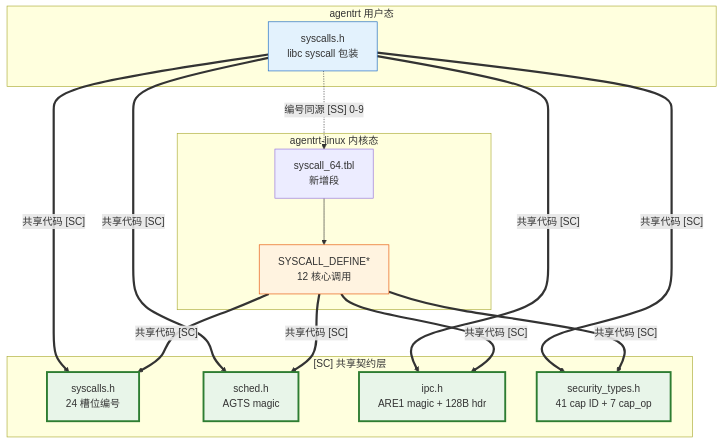
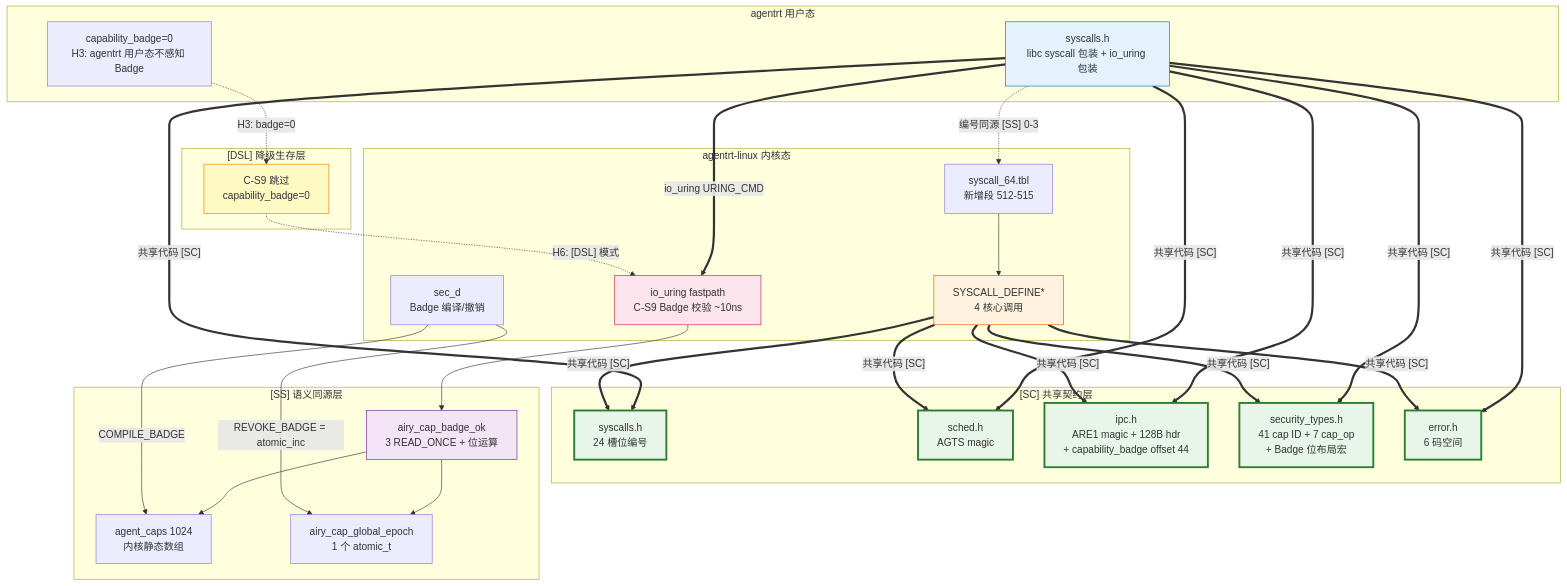
One commit to openairymax/docs-linux changed the diagram in 30-interfaces/01-syscalls.md. Above: the diagram before and after it, drawn with Mermaid. The commit also changed other lines of this file and 61 other files, not shown here.

Commit message:
docs: 完成v1.1 Capability Folding全量文档对齐 本次提交完成所有文档的v1.1 Capability Folding对齐更新： 1. 统一替换AIRY_IPC_HDR_SZ为AIRY_IPC_HDR_SIZE 2. 更新syscalls.h文档描述为4核心+20预留槽位

````diff
--- a/30-interfaces/01-syscalls.md
+++ b/30-interfaces/01-syscalls.md
@@ -682,36 +687,64 @@
 ```mermaid
 graph TB
     subgraph "agentrt 用户态"
-        RT_USR[syscalls.h<br/>libc syscall 包装]
+        RT_USR[syscalls.h<br/>libc syscall 包装 + io_uring 包装]
+        RT_BADGE[capability_badge=0<br/>H3: agentrt 用户态不感知 Badge]
     end
 
     subgraph "agentrt-linux 内核态"
-        OS_TBL[syscall_64.tbl<br/>新增段]
-        OS_DEF[SYSCALL_DEFINE*<br/>12 核心调用]
+        OS_TBL[syscall_64.tbl<br/>新增段 512-515]
+        OS_DEF[SYSCALL_DEFINE*<br/>4 核心调用]
+        OS_FP[io_uring fastpath<br/>C-S9 Badge 校验 ~10ns]
+        OS_SECD[sec_d<br/>Badge 编译/撤销]
     end
 
     subgraph "[SC] 共享契约层"
         SC0[syscalls.h<br/>24 槽位编号]
         SC1[sched.h<br/>AGTS magic]
-        SC2[ipc.h<br/>ARE1 magic + 128B hdr]
-        SC3[security_types.h<br/>41 cap ID + 7 cap_op]
+        SC2[ipc.h<br/>ARE1 magic + 128B hdr<br/>+ capability_badge offset 44]
+        SC3[security_types.h<br/>41 cap ID + 7 cap_op<br/>+ Badge 位布局宏]
+        SC4[error.h<br/>6 码空间]
     end
 
-    RT_USR -.->|"编号同源 [SS] 0-9"| OS_TBL
+    subgraph "[SS] 语义同源层"
+        SS_BADGE[airy_cap_badge_ok<br/>3 READ_ONCE + 位运算]
+        SS_CAPS[agent_caps 1024<br/>内核静态数组]
+        SS_EPOCH[airy_cap_global_epoch<br/>1 个 atomic_t]
+    end
+
+    subgraph "[DSL] 降级生存层"
+        DSL_SKIP[C-S9 跳过<br/>capability_badge=0]
+    end
+
+    RT_USR -.->|"编号同源 [SS] 0-3"| OS_TBL
     OS_TBL --> OS_DEF
+    RT_USR ==>|"io_uring URING_CMD"| OS_FP
+    OS_FP --> SS_BADGE
+    SS_BADGE --> SS_CAPS
+    SS_BADGE --> SS_EPOCH
+    OS_SECD -->|"COMPILE_BADGE"| SS_CAPS
+    OS_SECD -->|"REVOKE_BADGE = atomic_inc"| SS_EPOCH
     RT_USR ==>|"共享代码 [SC]"| SC0
     RT_USR ==>|"共享代码 [SC]"| SC1
     RT_USR ==>|"共享代码 [SC]"| SC2
     RT_USR ==>|"共享代码 [SC]"| SC3
+    RT_USR ==>|"共享代码 [SC]"| SC4
     OS_DEF ==>|"共享代码 [SC]"| SC0
     OS_DEF ==>|"共享代码 [SC]"| SC1
     OS_DEF ==>|"共享代码 [SC]"| SC2
     OS_DEF ==>|"共享代码 [SC]"| SC3
+    OS_DEF ==>|"共享代码 [SC]"| SC4
+    RT_BADGE -.->|"H3: badge=0"| DSL_SKIP
+    DSL_SKIP -.->|"H6: [DSL] 模式"| OS_FP
 
     style SC0 fill:#e8f5e9,stroke:#2e7d32,stroke-width:3px
     style SC1 fill:#e8f5e9,stroke:#2e7d32,stroke-width:3px
     style SC2 fill:#e8f5e9,stroke:#2e7d32,stroke-width:3px
     style SC3 fill:#e8f5e9,stroke:#2e7d32,stroke-width:3px
+    style SC4 fill:#e8f5e9,stroke:#2e7d32,stroke-width:3px
     style RT_USR fill:#e3f2fd,stroke:#1565c0
     style OS_DEF fill:#fff3e0,stroke:#e65100
+    style OS_FP fill:#fce4ec,stroke:#c2185b
+    style SS_BADGE fill:#f3e5f5,stroke:#7b1fa2
+    style DSL_SKIP fill:#fff9c4,stroke:#f57c00
 ```
````
